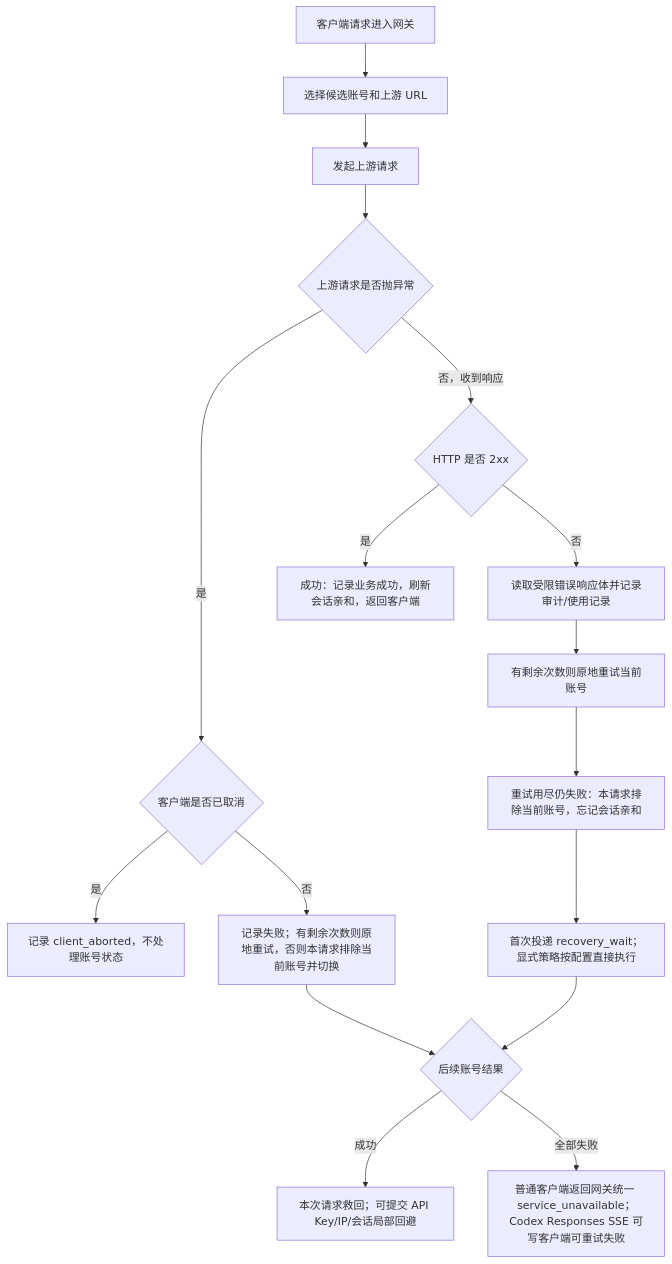
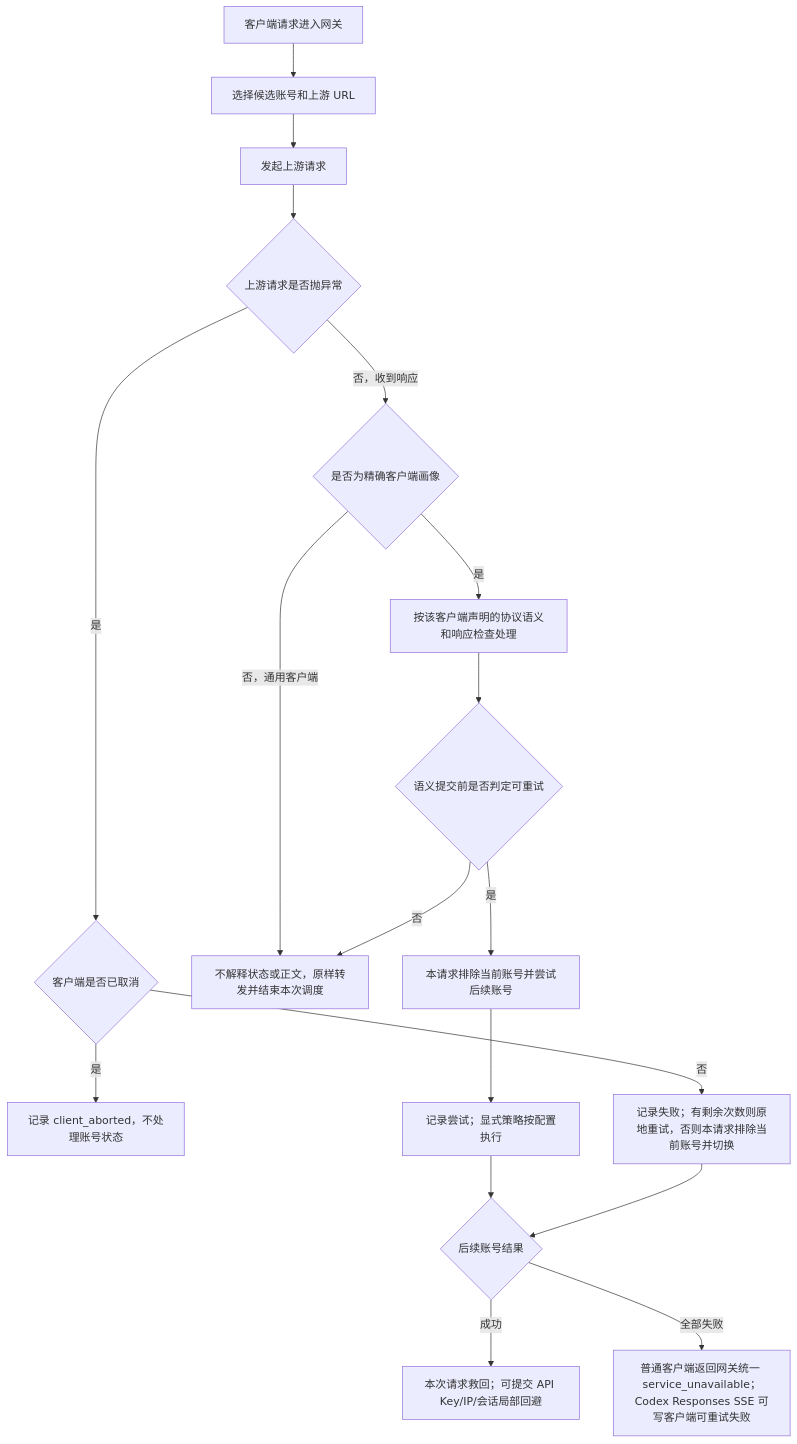
The first of 3 diagrams in docs/functions/网关异常重试与兜底策略.md (huanmin123/juhe-ai), drawn with Mermaid before and after one commit. The commit also changed other lines of this file and 27 other files, not shown here.

````diff
--- a/docs/functions/网关异常重试与兜底策略.md
+++ b/docs/functions/网关异常重试与兜底策略.md
@@ -52,20 +55,21 @@
 ```mermaid
 flowchart TD
   A["客户端请求进入网关"] --> B["选择候选账号和上游 URL"]
   B --> C["发起上游请求"]
   C --> D{"上游请求是否抛异常"}
   D -- "是" --> E{"客户端是否已取消"}
   E -- "是" --> F["记录 client_aborted，不处理账号状态"]
   E -- "否" --> I["记录失败；有剩余次数则原地重试，否则本请求排除当前账号并切换"]
 
-  D -- "否，收到响应" --> J{"HTTP 是否 2xx"}
-  J -- "是" --> K["成功：记录业务成功，刷新会话亲和，返回客户端"]
-  J -- "否" --> L["读取受限错误响应体并记录审计/使用记录"]
-  L --> R["有剩余次数则原地重试当前账号"]
-  R --> X["重试用尽仍失败：本请求排除当前账号，忘记会话亲和"]
-  X --> P["首次投递 recovery_wait；显式策略按配置直接执行"]
+  D -- "否，收到响应" --> J{"是否为精确客户端画像"}
+  J -- "否，通用客户端" --> K["不解释状态或正文，原样转发并结束本次调度"]
+  J -- "是" --> L["按该客户端声明的协议语义和响应检查处理"]
+  L --> R{"语义提交前是否判定可重试"}
+  R -- "是" --> X["本请求排除当前账号并尝试后续账号"]
+  R -- "否" --> K
+  X --> P["记录尝试；显式策略按配置执行"]
   P --> T{"后续账号结果"}
   I --> T
   T -- "成功" --> U["本次请求救回；可提交 API Key/IP/会话局部回避"]
   T -- "全部失败" --> W["普通客户端返回网关统一 service_unavailable；Codex Responses SSE 可写客户端可重试失败"]
 ```
````
